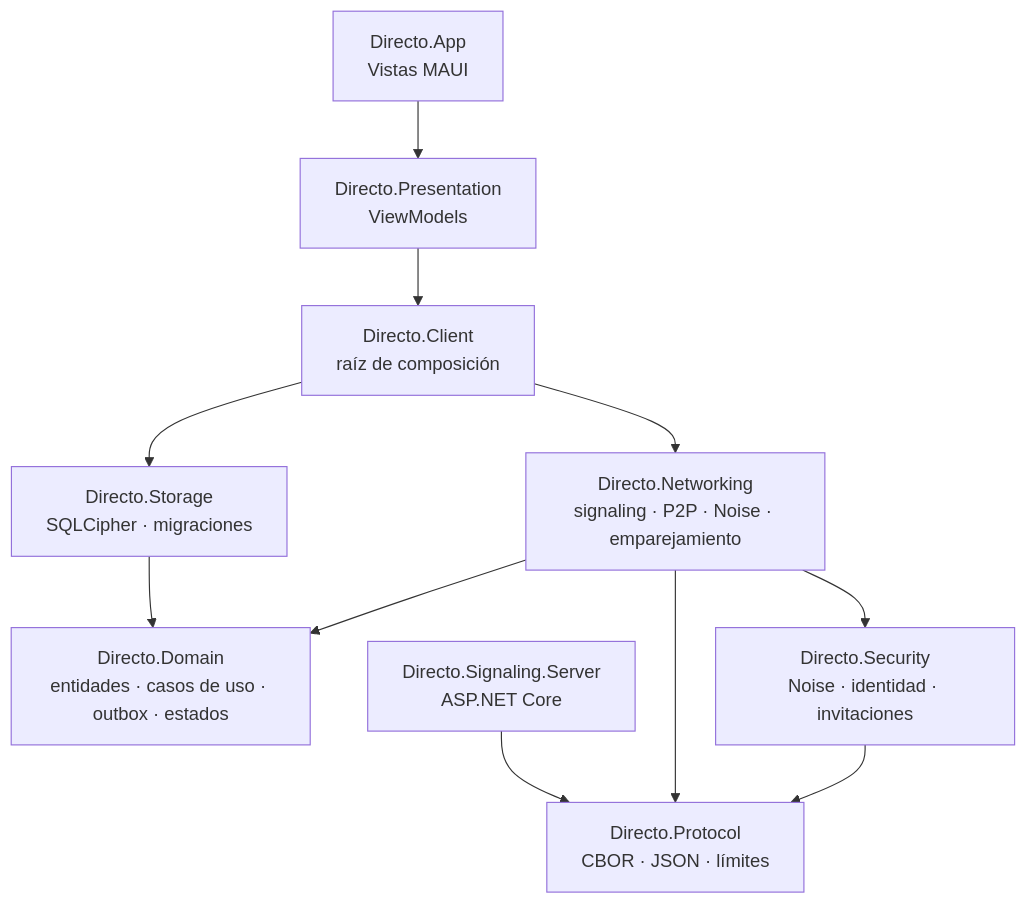
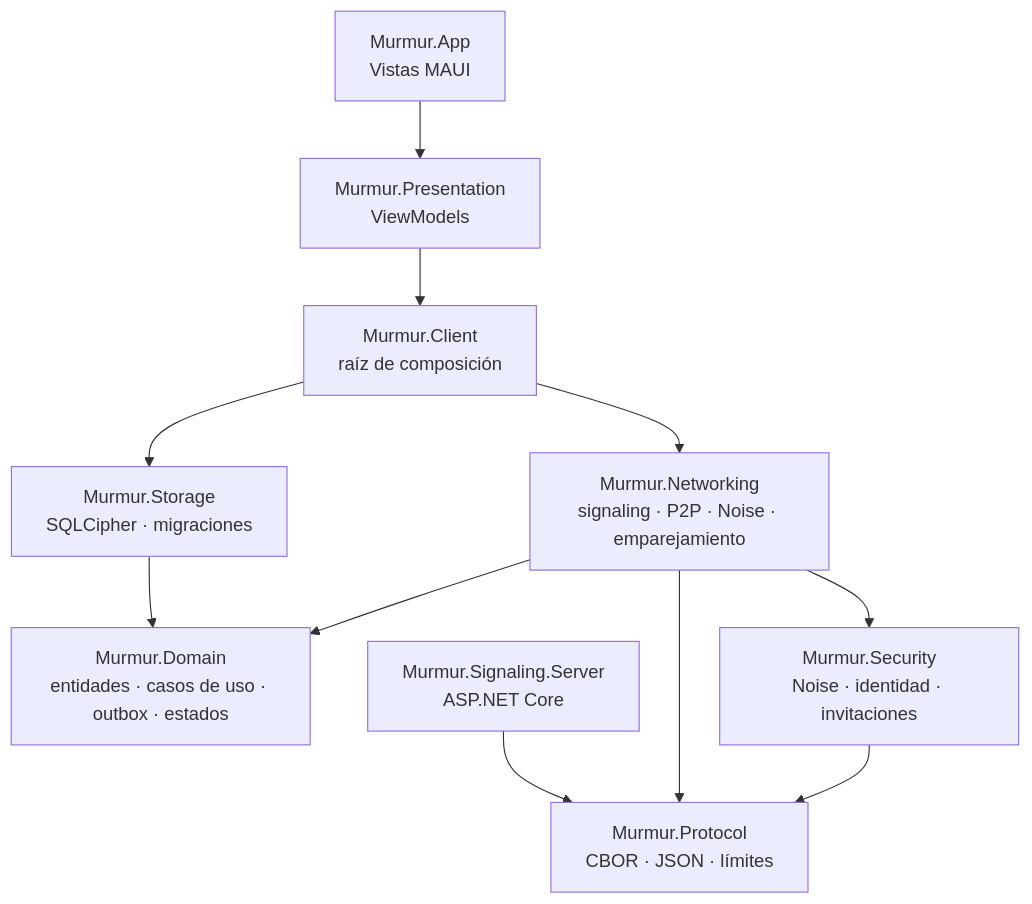
The fourth of 4 diagrams in README.md (fsoftt/Murmur), drawn with Mermaid before and after one commit. The commit also changed other lines of this file and 379 other files, not shown here.

````diff
--- a/README.md
+++ b/README.md
@@ -156,13 +156,13 @@
 ```mermaid
 flowchart TB
-    App["Directo.App<br/>Vistas MAUI"] --> Presentation["Directo.Presentation<br/>ViewModels"]
-    Presentation --> Client["Directo.Client<br/>raíz de composición"]
-    Client --> Networking["Directo.Networking<br/>signaling · P2P · Noise · emparejamiento"]
-    Client --> Storage["Directo.Storage<br/>SQLCipher · migraciones"]
-    Networking --> Domain["Directo.Domain<br/>entidades · casos de uso · outbox · estados"]
+    App["Murmur.App<br/>Vistas MAUI"] --> Presentation["Murmur.Presentation<br/>ViewModels"]
+    Presentation --> Client["Murmur.Client<br/>raíz de composición"]
+    Client --> Networking["Murmur.Networking<br/>signaling · P2P · Noise · emparejamiento"]
+    Client --> Storage["Murmur.Storage<br/>SQLCipher · migraciones"]
+    Networking --> Domain["Murmur.Domain<br/>entidades · casos de uso · outbox · estados"]
     Storage --> Domain
-    Networking --> Security["Directo.Security<br/>Noise · identidad · invitaciones"]
-    Security --> Protocol["Directo.Protocol<br/>CBOR · JSON · límites"]
+    Networking --> Security["Murmur.Security<br/>Noise · identidad · invitaciones"]
+    Security --> Protocol["Murmur.Protocol<br/>CBOR · JSON · límites"]
     Networking --> Protocol
-    Server["Directo.Signaling.Server<br/>ASP.NET Core"] --> Protocol
+    Server["Murmur.Signaling.Server<br/>ASP.NET Core"] --> Protocol
 ```
````
